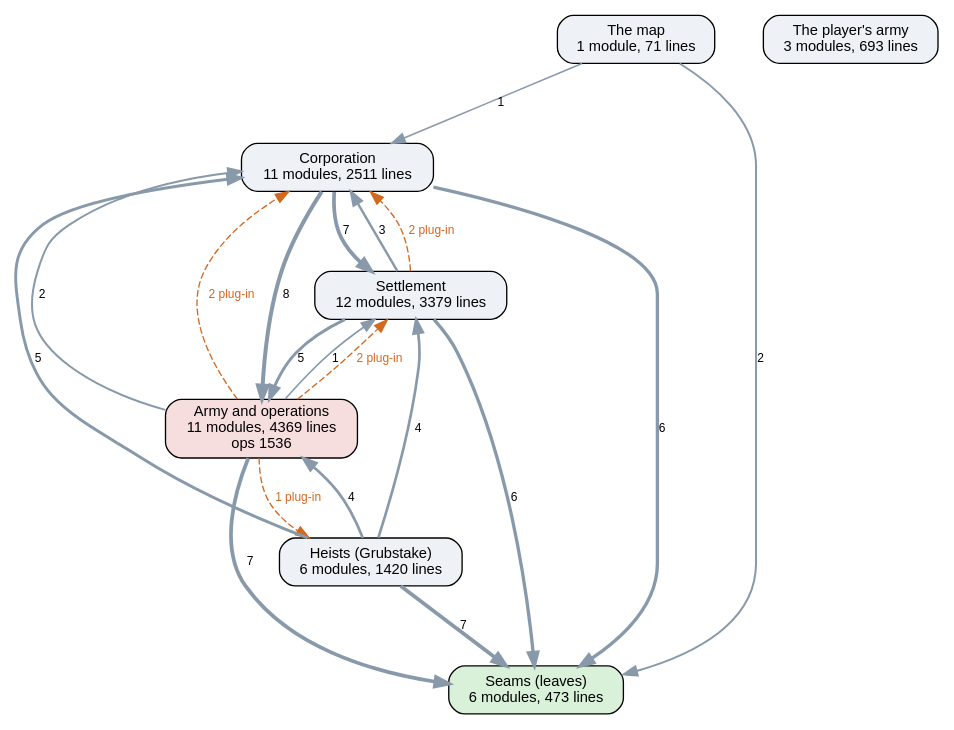
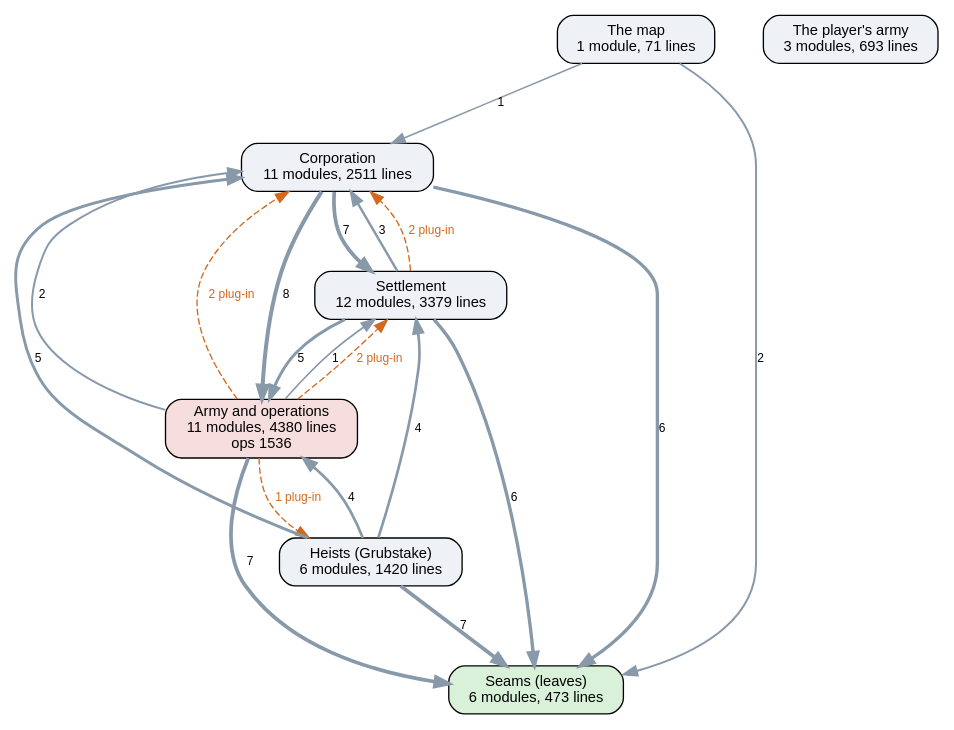
One commit to kinelhu/landing-party changed the diagram in docs/ai-layers.dot. Above: the diagram before and after it, drawn with Graphviz. The commit also changed 7 other files, not shown here.

First line of the commit message:
Factory instrument: strikes on Grubstake, every mechanic counted, a charted map, outpost chests and radars, undergrounds under Serenity's line; strip says why it chose none

```diff
--- a/docs/ai-layers.dot
+++ b/docs/ai-layers.dot
@@ -1,31 +1,31 @@
 digraph layers {
   graph [rankdir=TB, fontname="Helvetica", nodesep=0.5, ranksep=0.7];
   node [shape=box, style="rounded,filled", fontname="Helvetica", fontsize=11, fillcolor="#eef2f7"];
   edge [color="#8899aa", fontname="Helvetica", fontsize=9];
   "Seams (leaves)" [label="Seams (leaves)\n6 modules, 473 lines", fillcolor="#d9f0d9"];
   "Corporation" [label="Corporation\n11 modules, 2511 lines", fillcolor="#eef2f7"];
   "Settlement" [label="Settlement\n12 modules, 3379 lines", fillcolor="#eef2f7"];
-  "Army and operations" [label="Army and operations\n11 modules, 4369 lines\nops 1536", fillcolor="#f7dede"];
+  "Army and operations" [label="Army and operations\n11 modules, 4380 lines\nops 1536", fillcolor="#f7dede"];
   "Heists (Grubstake)" [label="Heists (Grubstake)\n6 modules, 1420 lines", fillcolor="#eef2f7"];
   "The map" [label="The map\n1 module, 71 lines", fillcolor="#eef2f7"];
   "The player's army" [label="The player's army\n3 modules, 693 lines", fillcolor="#eef2f7"];
   "Army and operations" -> "Corporation" [label="2", penwidth=1.5];
   "Army and operations" -> "Seams (leaves)" [label="7", penwidth=2.8];
   "Army and operations" -> "Settlement" [label="1", penwidth=1.2];
   "Corporation" -> "Army and operations" [label="8", penwidth=3.0];
   "Corporation" -> "Seams (leaves)" [label="6", penwidth=2.5];
   "Corporation" -> "Settlement" [label="7", penwidth=2.8];
   "Heists (Grubstake)" -> "Army and operations" [label="4", penwidth=2.0];
   "Heists (Grubstake)" -> "Corporation" [label="5", penwidth=2.2];
   "Heists (Grubstake)" -> "Seams (leaves)" [label="7", penwidth=2.8];
   "Heists (Grubstake)" -> "Settlement" [label="4", penwidth=2.0];
   "Settlement" -> "Army and operations" [label="5", penwidth=2.2];
   "Settlement" -> "Corporation" [label="3", penwidth=1.8];
   "Settlement" -> "Seams (leaves)" [label="6", penwidth=2.5];
   "The map" -> "Corporation" [label="1", penwidth=1.2];
   "The map" -> "Seams (leaves)" [label="2", penwidth=1.5];
   "Army and operations" -> "Corporation" [style=dashed, color="#d2691e", fontcolor="#d2691e", label="2 plug-in"];
   "Army and operations" -> "Heists (Grubstake)" [style=dashed, color="#d2691e", fontcolor="#d2691e", label="1 plug-in"];
   "Army and operations" -> "Settlement" [style=dashed, color="#d2691e", fontcolor="#d2691e", label="2 plug-in"];
   "Settlement" -> "Corporation" [style=dashed, color="#d2691e", fontcolor="#d2691e", label="2 plug-in"];
 }
```
